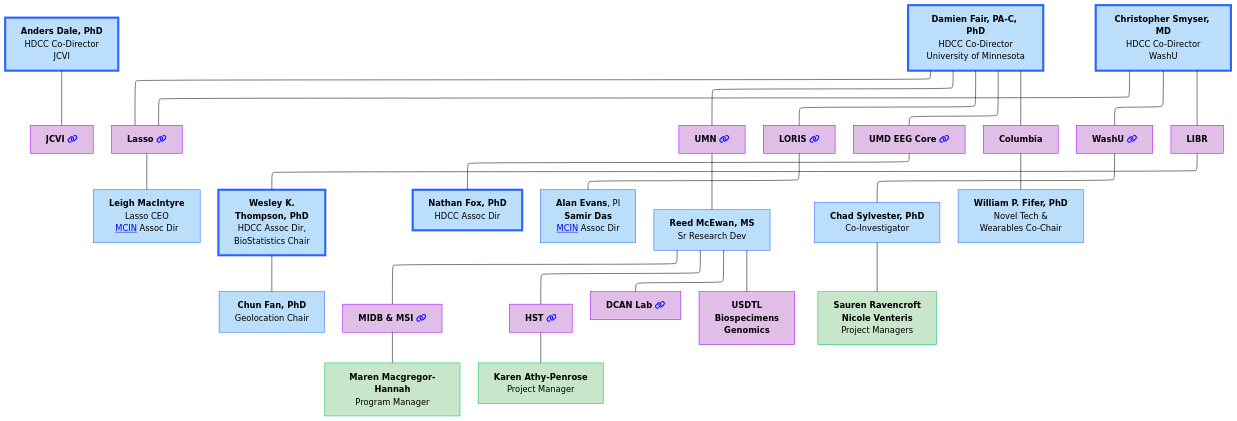
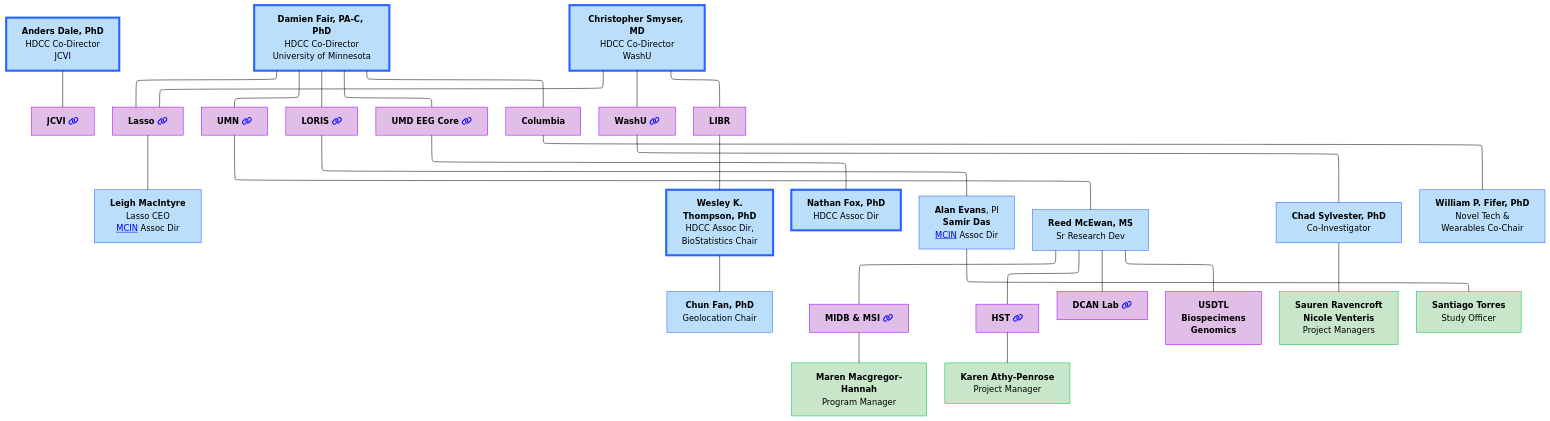
One commit to DCAN-Labs/hbcd-docs-internal changed the first of 10 diagrams in docs/orgcharts.md. Above: the diagram before and after it, drawn with Mermaid (forest theme).

Commit message:
add santiago to overview

````diff
--- a/docs/orgcharts.md
+++ b/docs/orgcharts.md
@@ -12,57 +12,59 @@
 ```mermaid
 ---
 config:
   layout: elk
 ---
 flowchart TB
     n2["<b>Anders Dale, PhD<br></b>HDCC Co-Director<br>JCVI"] --- jcvi["<b>JCVI</b> <i class="fa-solid fa-link" style="color: blue;"></i>"]
     E["<b>Damien Fair, PA-C, PhD</b><br>HDCC Co-Director<br>University of Minnesota"] --- lasso["<b>Lasso</b> <i class="fa-solid fa-link" style="color: blue;"></i>"] & umn["<b>UMN</b> <i class="fa-solid fa-link" style="color: blue;"></i>"] & n7["<b>LORIS</b> <i class="fa-solid fa-link" style="color: blue;"></i>"] & n8["<b>UMD EEG Core</b> <i class="fa-solid fa-link" style="color: blue;"></i>"] & n11["<b>Columbia</b>"]
     lasso --- lasso1["<b>Leigh MacIntyre</b><br>Lasso CEO<br><a href="https://mcin.ca/about-mcin/" target="_blank">MCIN</a> Assoc Dir"]
     n1["<b>Christopher Smyser, MD<br></b>HDCC Co-Director<br>WashU"] --- n10["<b>WashU</b> <i class="fa-solid fa-link" style="color: blue;"></i>"] & n12["<b>LIBR</b>"] & lasso
     n16["<b>Wesley K.<br>Thompson, PhD</b><br>HDCC Assoc Dir,<br>BioStatistics Chair"] --- n17["<b>Chun Fan, PhD</b><br>Geolocation Chair"]
     n12 --- n16
     n8 --- n19["<b>Nathan Fox, PhD<br></b>HDCC Assoc Dir"]
     n7 --- n20["<b>Alan Evans</b>, PI<br><b>Samir Das</b><br><a href="https://mcin.ca/about-mcin/" target="_blank">MCIN</a> Assoc Dir"]
     umn --- reed["<b>Reed McEwan, MS</b><br>Sr Research Dev"]
     n10 --- n22["<b>Chad Sylvester, PhD</b><br>Co-Investigator"]
     n11 --- n18["<b>William P. Fifer, PhD</b><br>Novel Tech &<br>Wearables Co-Chair"]
     reed --- n25["<b>MIDB &amp; MSI</b> <i class="fa-solid fa-link" style="color: blue;"></i>"] & n27["<b>HST</b> <i class="fa-solid fa-link" style="color: blue;"></i>"] & n28["<b>DCAN Lab</b> <i class="fa-solid fa-link" style="color: blue;"></i>"] & n29["<b>USDTL<br>Biospecimens<br>Genomics</b>"]
     n25 --- n30["<b>Maren Macgregor-Hannah</b><br>Program Manager"]
     n27 --- n31["<b>Karen Athy-Penrose</b><br>Project Manager"]
     n22 --- n32["<b>Sauren Ravencroft<br>Nicole Venteris</b><br>Project Managers"]
+    n20 --- n33["<b>Santiago Torres</b><br>Study Officer"]
     style n2 fill:#BBDEFB,stroke:#2962FF,stroke-width:4px
     style jcvi fill:#E1BEE7,stroke:#AA00FF
     style E fill:#BBDEFB,stroke:#2962FF,stroke-width:4px
     style lasso fill:#E1BEE7,stroke:#AA00FF
     style umn fill:#E1BEE7,stroke:#AA00FF
     style n7 fill:#E1BEE7,stroke:#AA00FF
     style n8 fill:#E1BEE7,stroke:#AA00FF
     style n11 fill:#E1BEE7,stroke:#AA00FF
     style lasso1 fill:#BBDEFB,stroke:#2962FF
     style n1 fill:#BBDEFB,stroke:#2962FF,stroke-width:4px
     style n10 fill:#E1BEE7,stroke:#AA00FF
     style n12 fill:#E1BEE7,stroke:#AA00FF
     style n16 fill:#BBDEFB,stroke:#2962FF,stroke-width:4px
     style n17 fill:#BBDEFB,stroke:#2962FF
     style n19 fill:#BBDEFB,stroke:#2962FF,stroke-width:4px
     style n20 fill:#BBDEFB,stroke:#2962FF
     style reed fill:#BBDEFB,stroke:#2962FF
     style n22 fill:#BBDEFB,stroke:#2962FF
     style n18 fill:#BBDEFB,stroke:#2962FF
     style n25 fill:#E1BEE7,stroke:#AA00FF
     style n27 fill:#E1BEE7,stroke:#AA00FF
     style n28 fill:#E1BEE7,stroke:#AA00FF
     style n29 fill:#E1BEE7,stroke:#AA00FF
     style n30 fill:#C8E6C9,stroke:#00C853
     style n31 fill:#C8E6C9,stroke:#00C853
     style n32 fill:#C8E6C9,stroke:#00C853
+    style n33 fill:#C8E6C9,stroke:#00C853
     click jcvi "#j-craig-venter-institute"
     click lasso "#lasso"
     click umn "#university-of-minnesota"
     click n7 "#loris"
     click n8 "#university-of-maryland-eeg-core"
     click n10 "#washu"
     click n25 "#midb-informatics-hub-msi"
     click n27 "#health-sciences-technology"
     click n28 "#dcan-lab"
 ```
````
